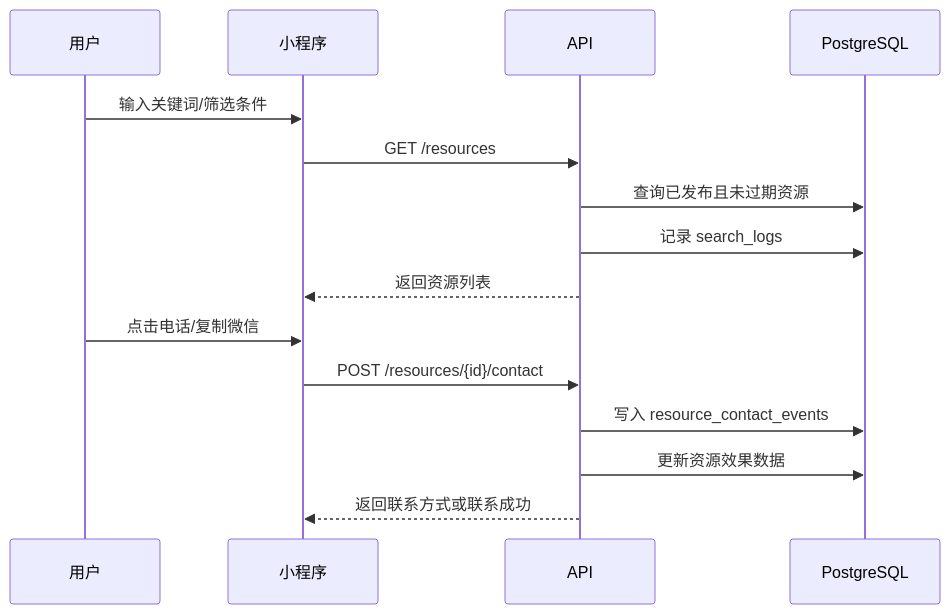
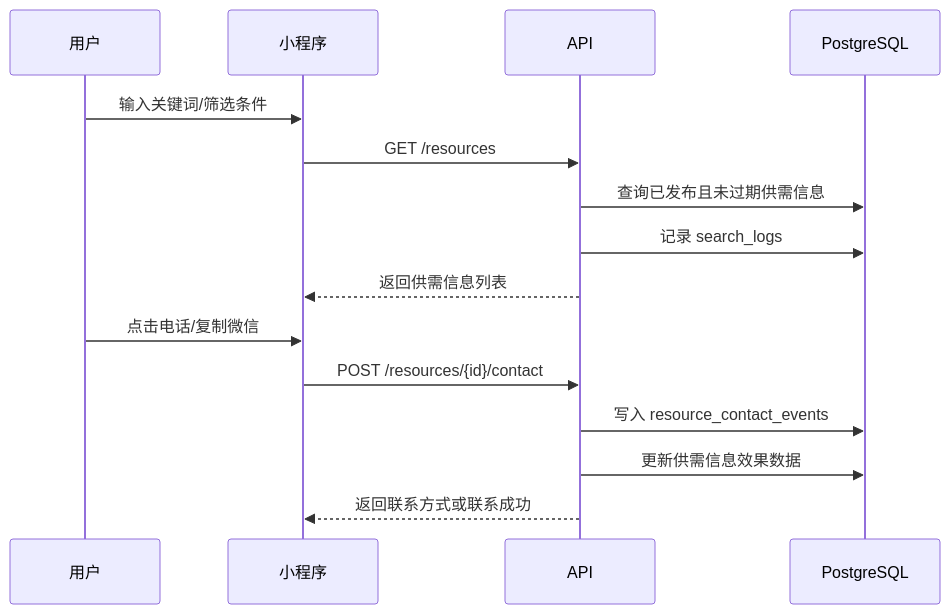
One commit to tourdt/wplink changed the third of 4 diagrams in docs/product/technical-architecture.md. Above: the diagram before and after it, drawn with Mermaid. The commit also changed other lines of this file and 54 other files, not shown here.

````diff
--- a/docs/product/technical-architecture.md
+++ b/docs/product/technical-architecture.md
@@ -364,18 +364,18 @@
 ```mermaid
 sequenceDiagram
   participant U as 用户
   participant W as 小程序
   participant A as API
   participant D as PostgreSQL
 
   U->>W: 输入关键词/筛选条件
   W->>A: GET /resources
-  A->>D: 查询已发布且未过期资源
+  A->>D: 查询已发布且未过期供需信息
   A->>D: 记录 search_logs
-  A-->>W: 返回资源列表
+  A-->>W: 返回供需信息列表
   U->>W: 点击电话/复制微信
   W->>A: POST /resources/{id}/contact
   A->>D: 写入 resource_contact_events
-  A->>D: 更新资源效果数据
+  A->>D: 更新供需信息效果数据
   A-->>W: 返回联系方式或联系成功
 ```
````
